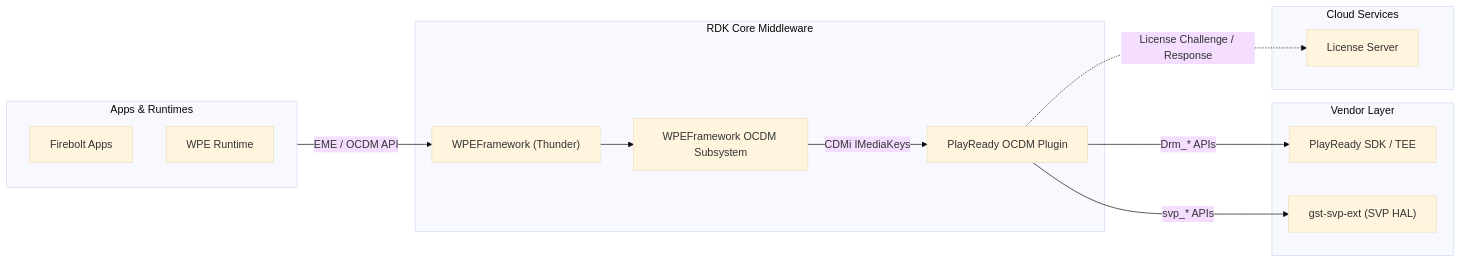
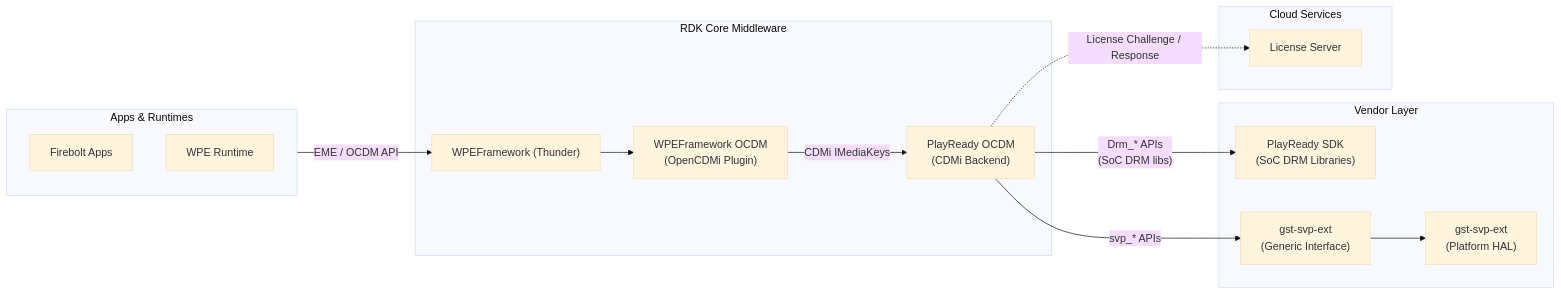
Before and after one commit to rdkcentral/playready-rdk: the first of 8 diagrams in docs/README.md, drawn with Mermaid (base theme). The commit also changed other lines of this file, not shown here.

````diff
--- a/docs/README.md
+++ b/docs/README.md
@@ -11,33 +11,35 @@
 ```mermaid
 flowchart LR
 
 %% Apps Layer
     subgraph Apps["Apps & Runtimes"]
         FBApps["Firebolt Apps"]
         WPE_RT["WPE Runtime"]
     end
 
 %% Middleware
     subgraph RDKMW["RDK Core Middleware"]
-        OCDM["WPEFramework OCDM Subsystem"]
-        PR["PlayReady OCDM Plugin"]
+        OCDM["WPEFramework OCDM\n(OpenCDMi Plugin)"]
+        PR["PlayReady OCDM\n(CDMi Backend)"]
         Thunder["WPEFramework (Thunder)"]
     end
 
 %% Vendor Layer
     subgraph VL["Vendor Layer"]
-        PRSDK["PlayReady SDK / TEE"]
-        SVP["gst-svp-ext (SVP HAL)"]
+        PRSDK["PlayReady SDK\n(SoC DRM Libraries)"]
+        SVP_GEN["gst-svp-ext\n(Generic Interface)"]
+        SVP_HAL["gst-svp-ext\n(Platform HAL)"]
+        SVP_GEN --> SVP_HAL
     end
 
     subgraph Cloud["Cloud Services"]
         LicServer["License Server"]
     end
 
     Apps -->|"EME / OCDM API"| Thunder
     Thunder --> OCDM
     OCDM -->|"CDMi IMediaKeys"| PR
-    PR -->|"Drm_* APIs"| PRSDK
-    PR -->|"svp_* APIs"| SVP
+    PR -->|"Drm_* APIs\n(SoC DRM libs)"| PRSDK
+    PR -->|"svp_* APIs"| SVP_GEN
     PR -.->|"License Challenge / Response"| LicServer
 ```
````
